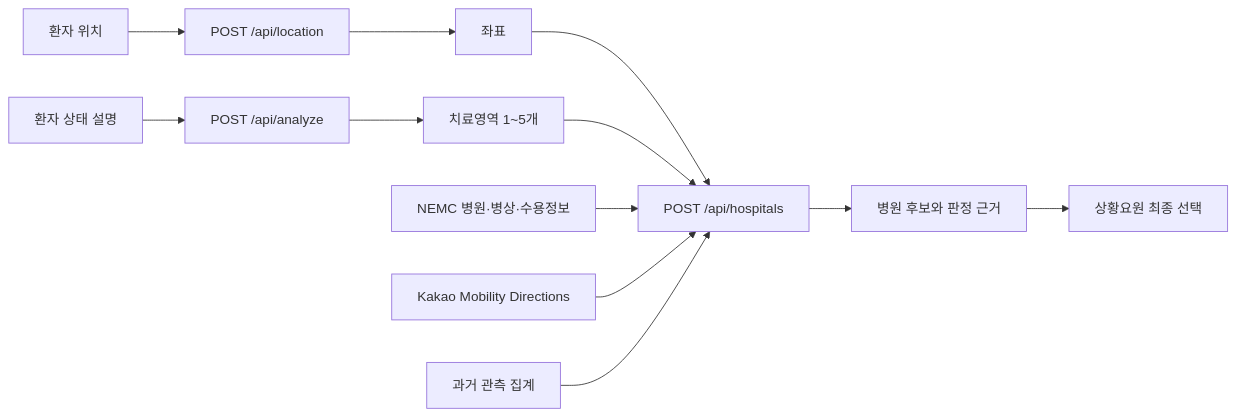
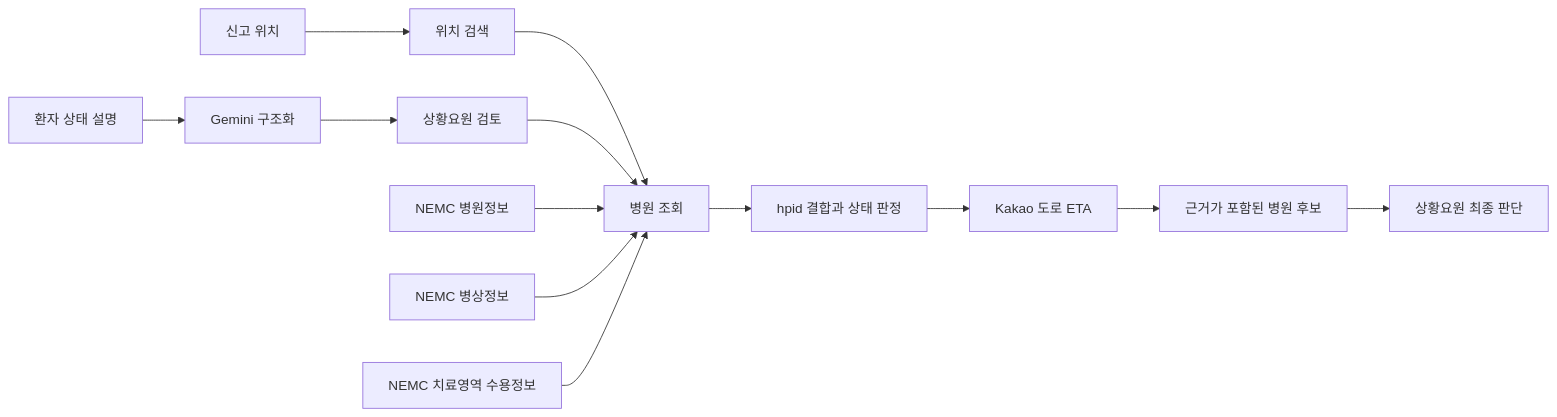
The diagram in README.md (hansol-mpex/junction-x-korea-2026), drawn with Mermaid before and after one commit. The commit also changed other lines of this file, not shown here.

````diff
--- a/README.md
+++ b/README.md
@@ -46,14 +216,15 @@
 ```mermaid
 flowchart LR
-    A[환자 위치] --> B["POST /api/location"]
-    C[환자 상태 설명] --> D["POST /api/analyze"]
-    B --> E[좌표]
-    D --> F["치료영역 1~5개"]
-    E --> G["POST /api/hospitals"]
-    F --> G
-    H[NEMC 병원·병상·수용정보] --> G
-    I[Kakao Mobility Directions] --> G
-    J[과거 관측 집계] --> G
-    G --> K[병원 후보와 판정 근거]
-    K --> L[상황요원 최종 선택]
+    A[신고 위치] --> B[위치 검색]
+    C[환자 상태 설명] --> D[Gemini 구조화]
+    D --> E[상황요원 검토]
+    B --> F[병원 조회]
+    E --> F
+    G[NEMC 병원정보] --> F
+    H[NEMC 병상정보] --> F
+    I[NEMC 치료영역 수용정보] --> F
+    F --> J[hpid 결합과 상태 판정]
+    J --> K[Kakao 도로 ETA]
+    K --> L[근거가 포함된 병원 후보]
+    L --> M[상황요원 최종 판단]
 ```
````
